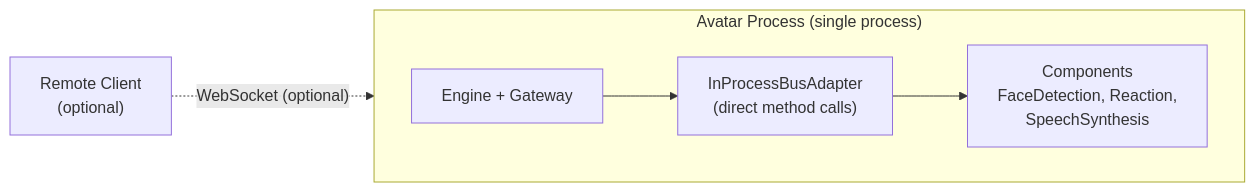
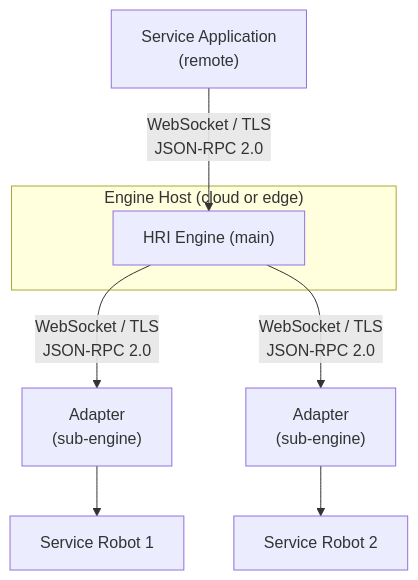
Before and after one commit to openrois/openrois: the tenth of 17 diagrams in docs/white-paper.md, drawn with Mermaid. The commit also changed other lines of this file and 1 other file, not shown here.

First line of the commit message:
docs: correct engine overview and rewrite deployment topologies

````diff
--- a/docs/white-paper.md
+++ b/docs/white-paper.md
@@ -1308,13 +1308,15 @@
 ```mermaid
-flowchart LR
-    subgraph AvatarProcess["Avatar Process (single process)"]
-        direction LR
-        Engine["Engine + Gateway"]
-        Bus["InProcessBusAdapter<br/>(direct method calls)"]
-        Components["Components<br/>FaceDetection, Reaction,<br/>SpeechSynthesis"]
-        Engine --> Bus --> Components
+flowchart TB
+    App["Service Application<br/>(remote)"]
+    App -->|"WebSocket / TLS<br/>JSON-RPC 2.0"| GW
+
+    subgraph Cloud["Engine Host (cloud or edge)"]
+        GW["HRI Engine (main)"]
     end
 
-    Remote["Remote Client<br/>(optional)"]
-    Remote -.->|"WebSocket (optional)"| Engine
+    GW -->|"WebSocket / TLS<br/>JSON-RPC 2.0"| Adapter1["Adapter<br/>(sub-engine)"]
+    Adapter1 --> Robot1["Service Robot 1"]
+
+    GW -->|"WebSocket / TLS<br/>JSON-RPC 2.0"| Adapter2["Adapter<br/>(sub-engine)"]
+    Adapter2 --> Robot2["Service Robot 2"]
 ```
````
